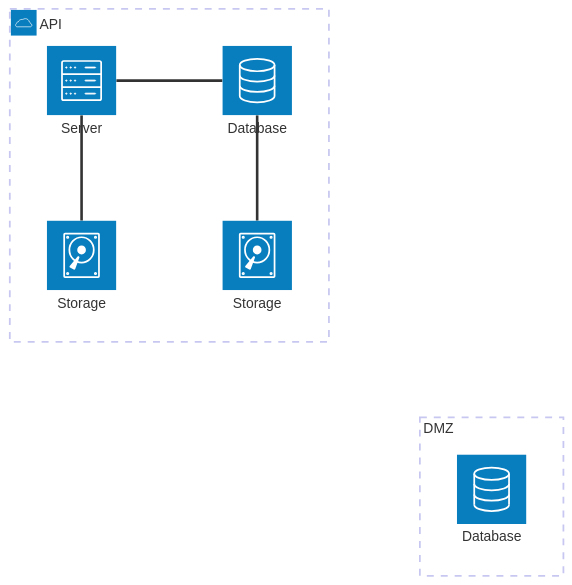
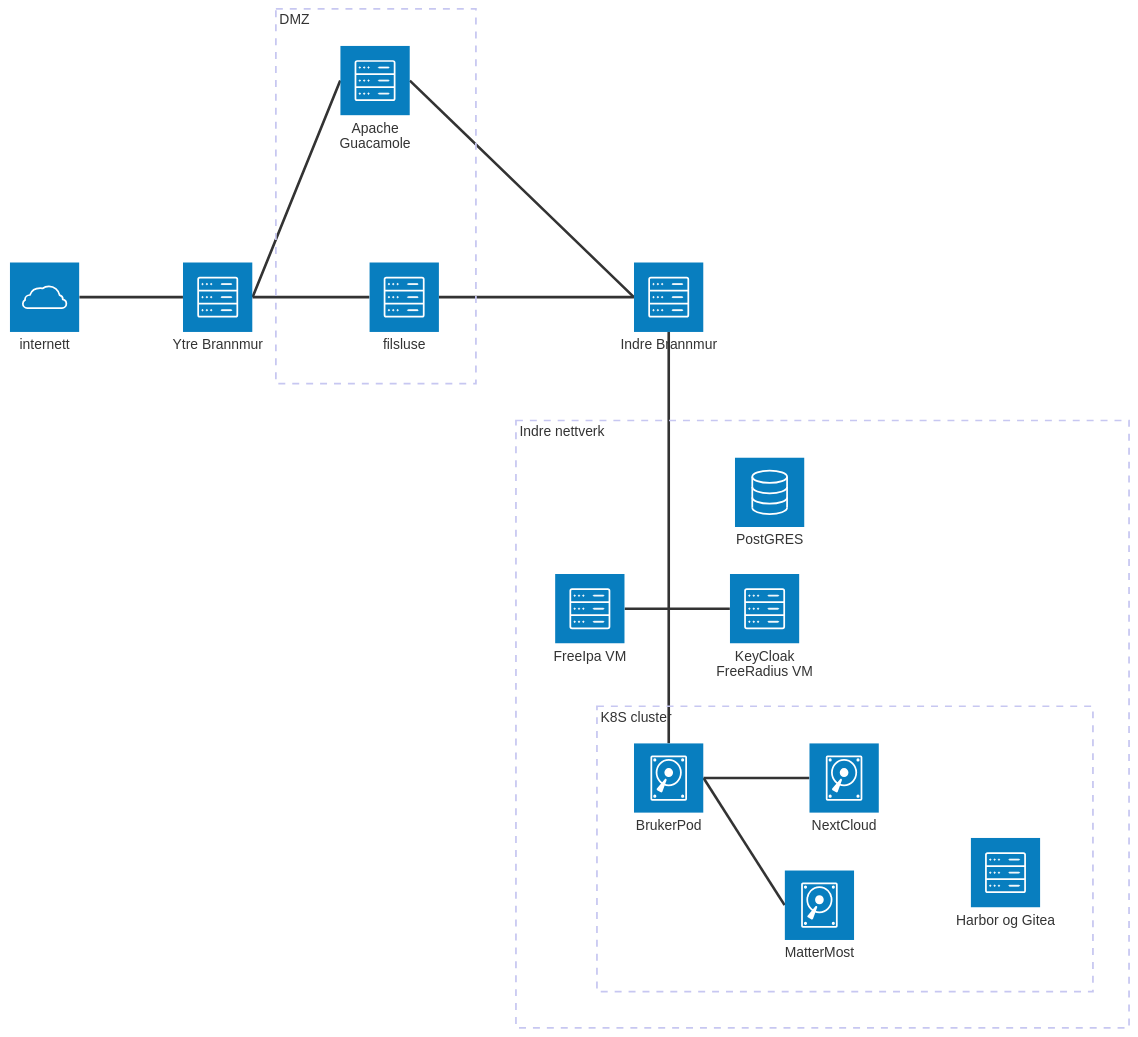
One commit to jonmartinstorm/nu-kjor-vi changed the diagram in README.md. Above: the diagram before and after it, drawn with Mermaid.

Commit message:
utkast arkitektur

````diff
--- a/README.md
+++ b/README.md
@@ -13,17 +13,32 @@
 ```mermaid
 architecture-beta
     group dmz[DMZ]
+    group indre[Indre nettverk]
+    group k8s[K8S cluster] in indre
 
-    service guac(database)[Database] in dmz
+    service internett(cloud)[internett]
+    service ytrebr(server)[Ytre Brannmur]
+    service indrebr(server)[Indre Brannmur]
 
-    group api(cloud)[API]
+    service guac(server)[Apache Guacamole] in dmz
+    service filsluse(server)[filsluse] in dmz
 
-    service db(database)[Database] in api
-    service disk1(disk)[Storage] in api
-    service disk2(disk)[Storage] in api
-    service server(server)[Server] in api
+    service freeipa(server)[FreeIpa VM] in indre
+    service filserver(server)[Harbor og Gitea] in k8s
+    service keyradius(server)[KeyCloak FreeRadius VM] in indre
+    service database(database)[PostGRES] in indre
 
-    db:L -- R:server
-    disk1:T -- B:server
-    disk2:T -- B:db
+    service brukerpod(disk)[BrukerPod] in k8s
+    service nextcloud(disk)[NextCloud] in k8s
+    service mattermost(disk)[MatterMost] in k8s
+
+    internett:R -- L:ytrebr
+    ytrebr:R -- L:guac
+    ytrebr:R -- L:filsluse
+    indrebr:L -- R:guac
+    indrebr:L -- R:filsluse
+    indrebr:B -- T:brukerpod
+    brukerpod:R -- L:mattermost
+    brukerpod:R -- L:nextcloud
+    freeipa:R -- L:keyradius
 ```
````
